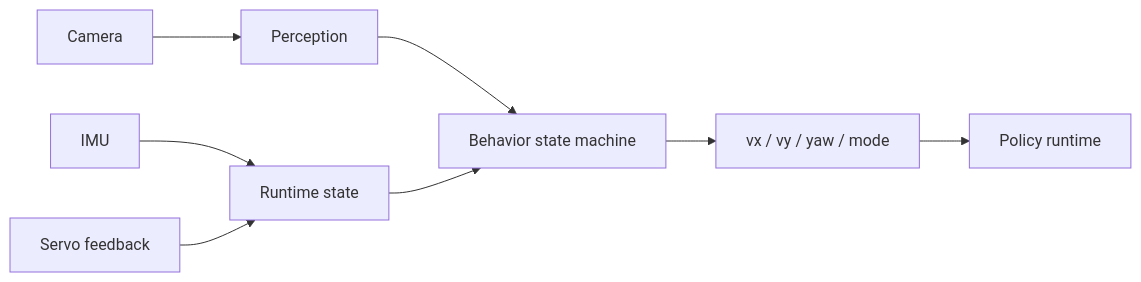
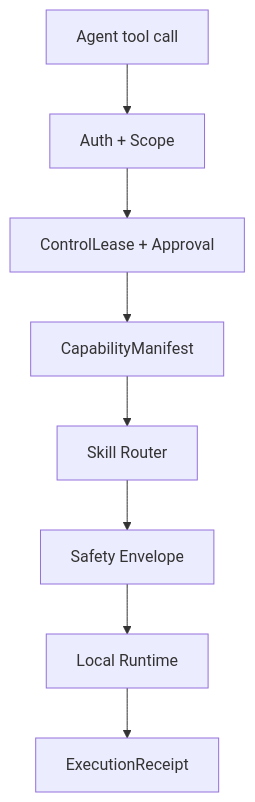
One commit to carpentry-liu/mini-duck-lite changed the fifth of 5 diagrams in docs/ARCHITECTURE.md. Above: the diagram before and after it, drawn with Mermaid. The commit also changed other lines of this file and 28 other files, not shown here.

````diff
--- a/docs/ARCHITECTURE.md
+++ b/docs/ARCHITECTURE.md
@@ -16,10 +90,10 @@
 ```mermaid
-flowchart LR
-  CAM[Camera] --> PER[Perception]
-  IMU[IMU] --> STATE[Runtime state]
-  SERVO[Servo feedback] --> STATE
-  PER --> BEH[Behavior state machine]
-  STATE --> BEH
-  BEH --> CMD[vx / vy / yaw / mode]
-  CMD --> RT[Policy runtime]
+flowchart TB
+  CALL[Agent tool call] --> AUTH[Auth + Scope]
+  AUTH --> LEASE[ControlLease + Approval]
+  LEASE --> CAP[CapabilityManifest]
+  CAP --> ROUTER[Skill Router]
+  ROUTER --> ENVELOPE[Safety Envelope]
+  ENVELOPE --> LOCAL[Local Runtime]
+  LOCAL --> RECEIPT[ExecutionReceipt]
 ```
````
